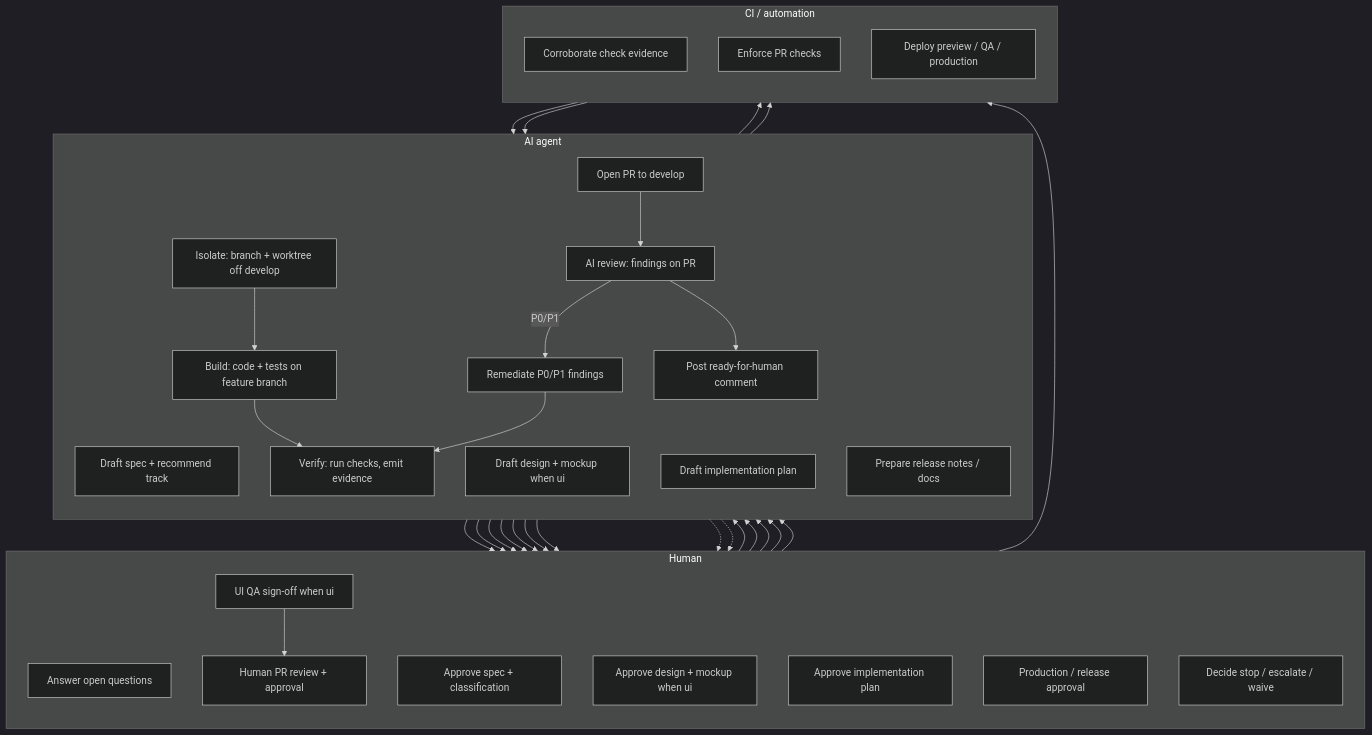
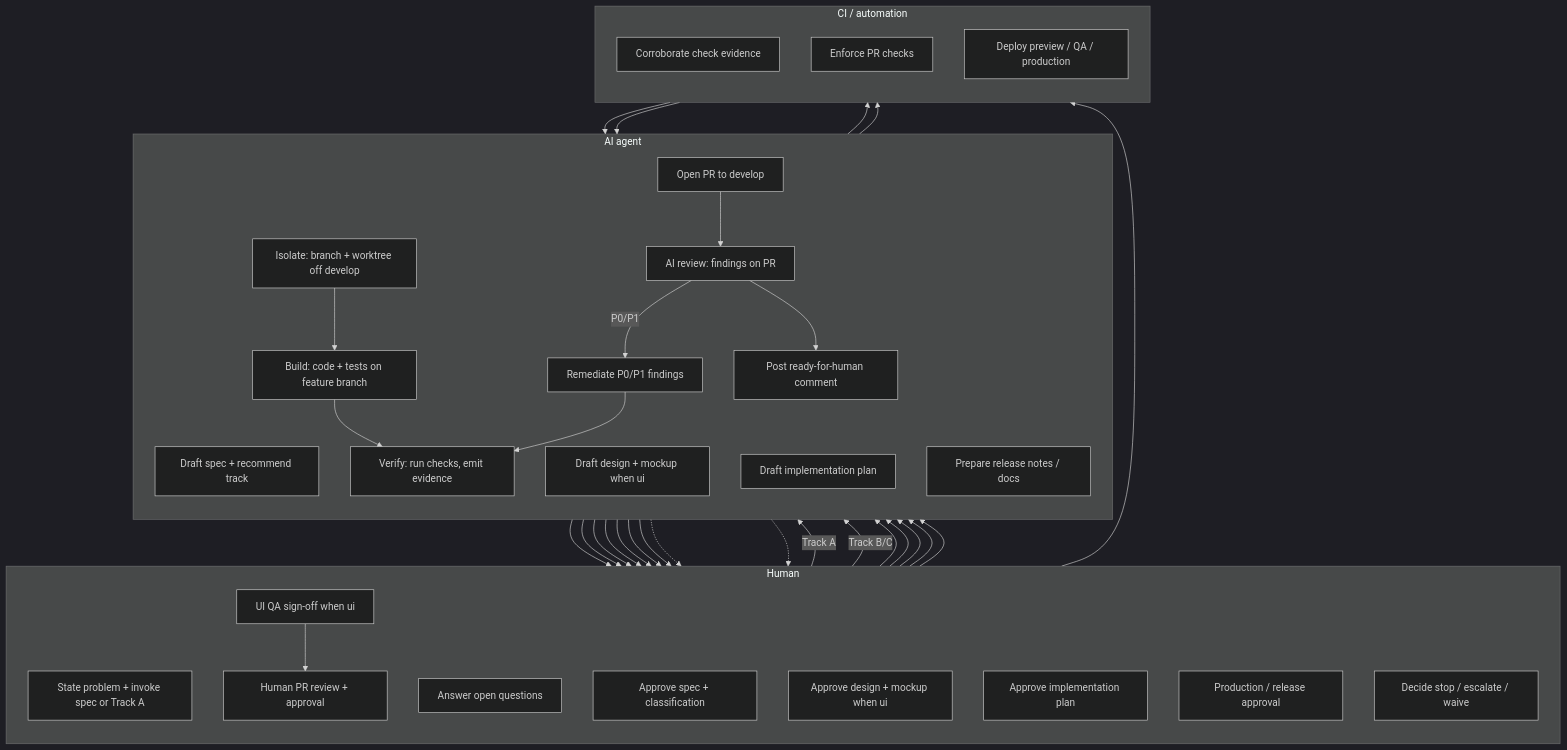
One commit to prishanf/AI-Development-Framework changed the diagram in diagrams/ai-human-flow.md. Above: the diagram before and after it, drawn with Mermaid (dark theme). The commit also changed other lines of this file and 5 other files, not shown here.

````diff
--- a/diagrams/ai-human-flow.md
+++ b/diagrams/ai-human-flow.md
@@ -7,63 +7,66 @@
 ```mermaid
 flowchart TB
     subgraph human["Human"]
         direction TB
+        h0[State problem + invoke spec or Track A]
         h1[Answer open questions]
         h2[Approve spec + classification]
         h3[Approve design + mockup when ui]
         h4[Approve implementation plan]
         h5[UI QA sign-off when ui]
         h6[Human PR review + approval]
         h7[Production / release approval]
         h8[Decide stop / escalate / waive]
     end
 
     subgraph ai["AI agent"]
         direction TB
         a1[Draft spec + recommend track]
         a2[Draft design + mockup when ui]
         a3[Draft implementation plan]
         a4[Isolate: branch + worktree off develop]
         a5[Build: code + tests on feature branch]
         a6[Verify: run checks, emit evidence]
         a7[Open PR to develop]
         a8[AI review: findings on PR]
         a9[Remediate P0/P1 findings]
         a10[Post ready-for-human comment]
         a11[Prepare release notes / docs]
     end
 
     subgraph ci["CI / automation"]
         direction TB
         c1[Corroborate check evidence]
         c2[Enforce PR checks]
         c3[Deploy preview / QA / production]
     end
 
+    h0 -->|Track A| a4
+    h0 -->|Track B/C| a1
     a1 --> h1
     h1 --> a1
     a1 --> h2
     h2 --> a2
     a2 --> h3
     h2 --> a3
     h3 --> a3
     a3 --> h4
     h4 --> a4
     a4 --> a5
     a5 --> a6
     a6 --> c1
     c1 --> a7
     a7 --> c2
     a7 --> a8
     a8 -->|P0/P1| a9
     a9 --> a6
     a8 --> a10
     a10 --> h5
     a10 --> h6
     h5 --> h6
     h6 --> c3
     c3 --> a11
     a11 --> h7
     a5 -.-> h8
     a6 -.-> h8
 ```
````
